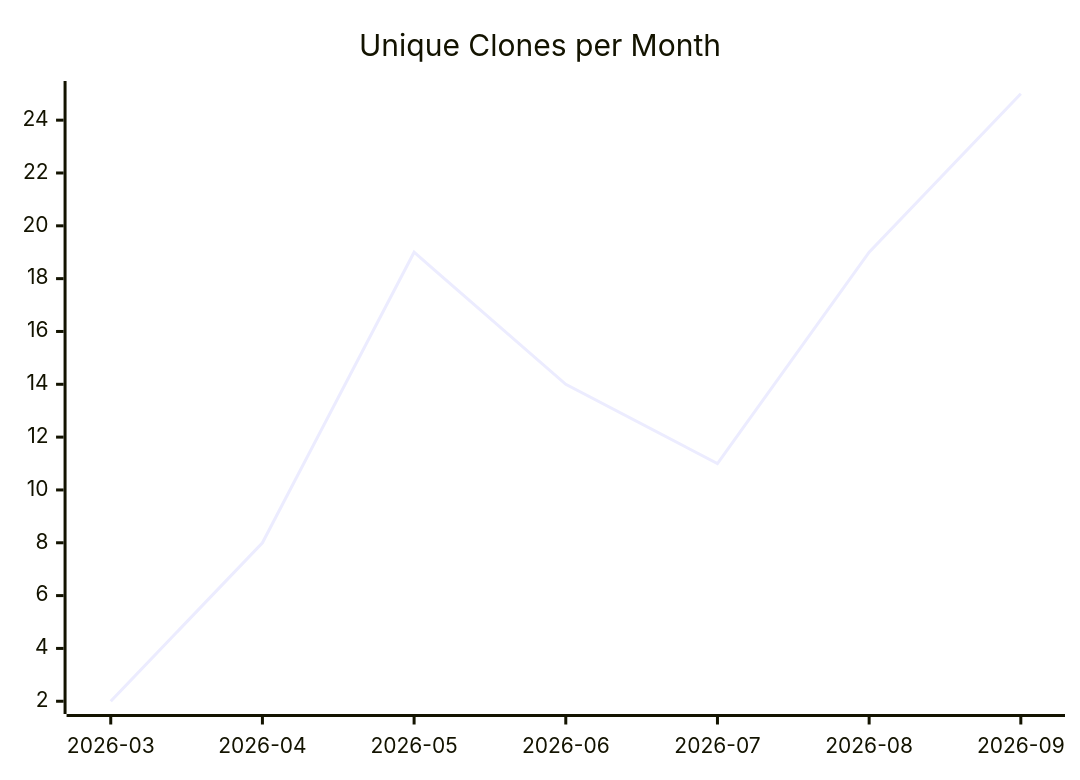
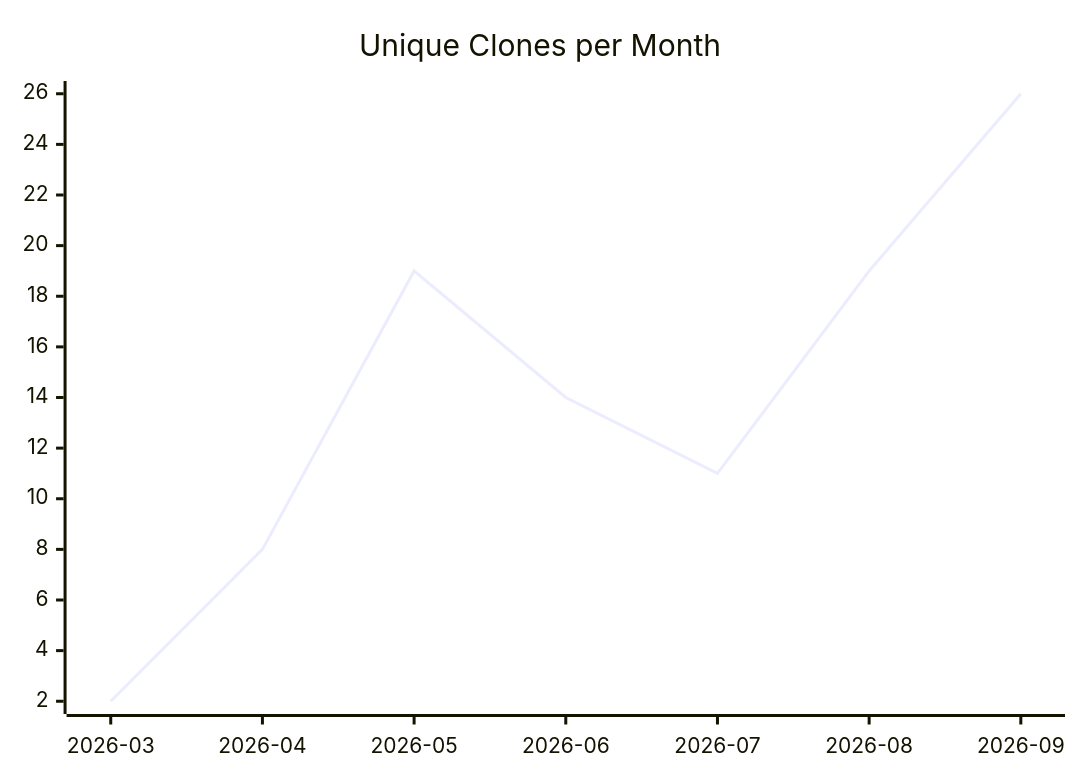
Before and after one commit to justdavis-family/github-analytics-data: the third of 3 diagrams in karlmdavis/rps-tourney/README.md, drawn with Mermaid. The commit also changed other lines of this file and 199 other files, not shown here.

````diff
--- a/karlmdavis/rps-tourney/README.md
+++ b/karlmdavis/rps-tourney/README.md
@@ -19,6 +19,6 @@
 ```mermaid
 xychart-beta
   title "Unique Clones per Month"
   x-axis ["2026-03", "2026-04", "2026-05", "2026-06", "2026-07", "2026-08", "2026-09"]
-  line [2, 8, 19, 14, 11, 19, 25]
+  line [2, 8, 19, 14, 11, 19, 26]
 ```
````
